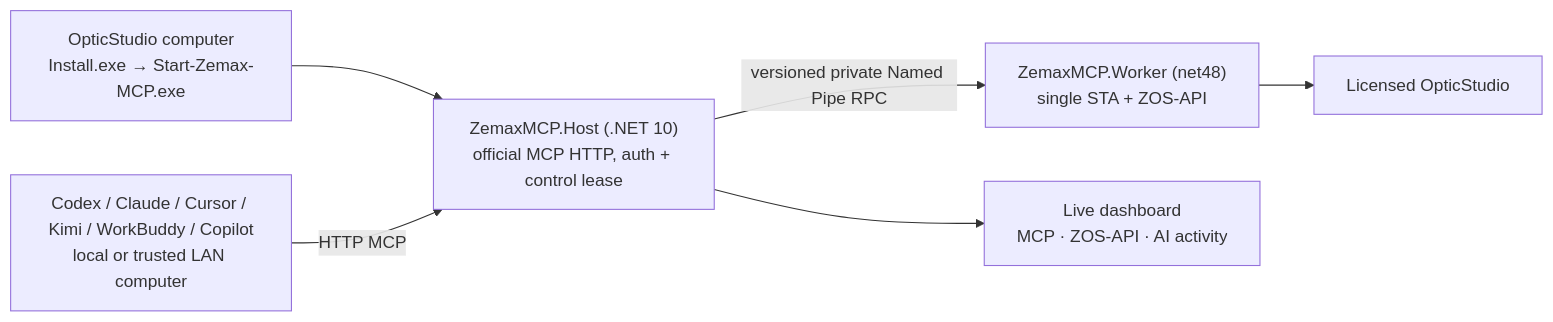
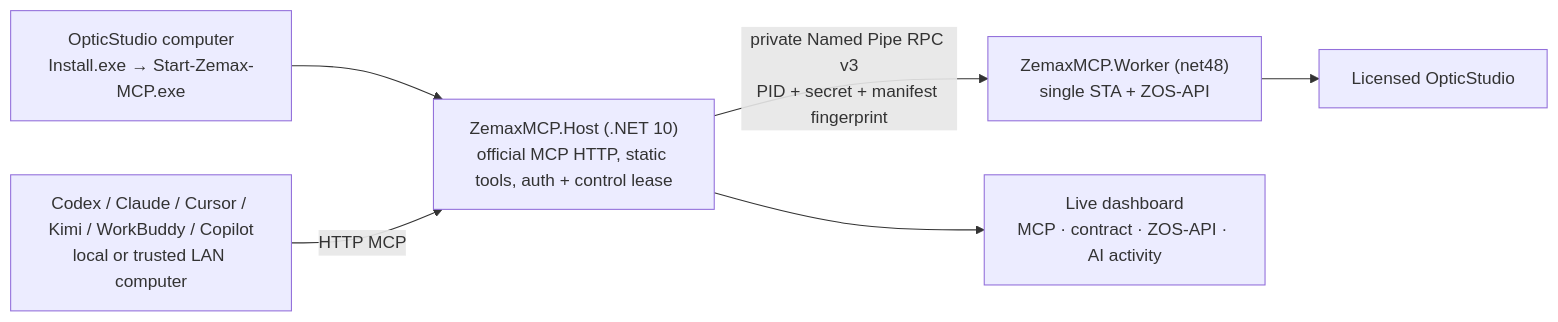
Before and after one commit to joeyijun/OpticStudioMCPServer: the diagram in README.md, drawn with Mermaid. The commit also changed other lines of this file, not shown here.

Commit message:
Align README with RPC v3 and static Host discovery

````diff
--- a/README.md
+++ b/README.md
@@ -20,8 +20,8 @@
 ```mermaid
 flowchart LR
-  A["OpticStudio computer\nInstall.exe → Start-Zemax-MCP.exe"] --> B["ZemaxMCP.Host (.NET 10)\nofficial MCP HTTP, auth + control lease"]
-  B -->|"versioned private Named Pipe RPC"| C["ZemaxMCP.Worker (net48)\nsingle STA + ZOS-API"]
+  A["OpticStudio computer\nInstall.exe → Start-Zemax-MCP.exe"] --> B["ZemaxMCP.Host (.NET 10)\nofficial MCP HTTP, static tools, auth + control lease"]
+  B -->|"private Named Pipe RPC v3\nPID + secret + manifest fingerprint"| C["ZemaxMCP.Worker (net48)\nsingle STA + ZOS-API"]
   C --> F["Licensed OpticStudio"]
   D["Codex / Claude / Cursor / Kimi / WorkBuddy / Copilot\nlocal or trusted LAN computer"] -->|"HTTP MCP"| B
-  B --> E["Live dashboard\nMCP · ZOS-API · AI activity"]
+  B --> E["Live dashboard\nMCP · contract · ZOS-API · AI activity"]
 ```
````
